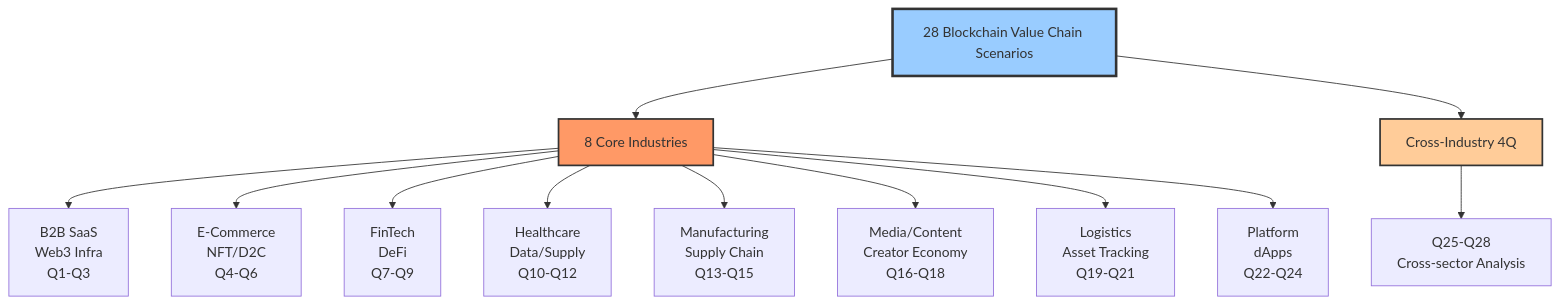
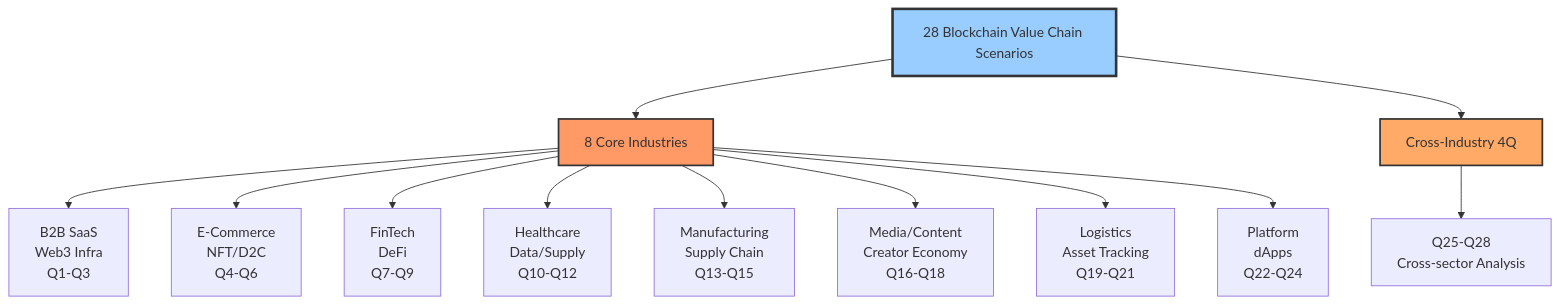
The first of 16 diagrams in Industry/Blockchain/Blockchain/ValueChain/QA_DeepSeek.md (ljg-cqu/knowledge), drawn with Mermaid before and after one commit. The commit also changed other lines of this file and 6 other files, not shown here.

````diff
--- a/Industry/Blockchain/Blockchain/ValueChain/QA_DeepSeek.md
+++ b/Industry/Blockchain/Blockchain/ValueChain/QA_DeepSeek.md
@@ -9,20 +9,20 @@
 ```mermaid
 graph TD
     A[28 Blockchain Value Chain Scenarios] --> B[8 Core Industries]
     A --> C[Cross-Industry 4Q]
     
     B --> D1[B2B SaaS<br>Web3 Infra<br>Q1-Q3]
     B --> D2[E-Commerce<br>NFT/D2C<br>Q4-Q6]
     B --> D3[FinTech<br>DeFi<br>Q7-Q9]
     B --> D4[Healthcare<br>Data/Supply<br>Q10-Q12]
     B --> D5[Manufacturing<br>Supply Chain<br>Q13-Q15]
     B --> D6[Media/Content<br>Creator Economy<br>Q16-Q18]
     B --> D7[Logistics<br>Asset Tracking<br>Q19-Q21]
     B --> D8[Platform<br>dApps<br>Q22-Q24]
     
     C --> E[Q25-Q28<br>Cross-sector Analysis]
     
     style A fill:#9cf,stroke:#333,stroke-width:3px
     style B fill:#f96,stroke:#333,stroke-width:2px
-    style C fill:#fc9,stroke:#333,stroke-width:2px
+    style C fill:#fa6,stroke:#333,stroke-width:2px
 ```
````
